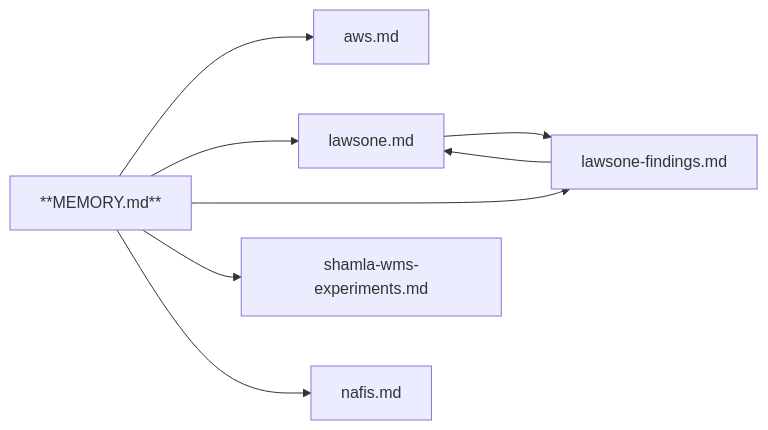
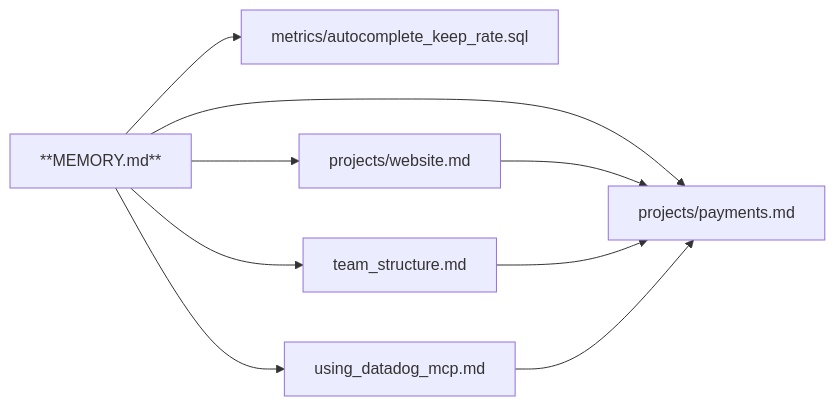
Before and after one commit to Aws8/memory-md: the diagram in README.md, drawn with Mermaid. The commit also changed other lines of this file and 8 other files, not shown here.

Commit message:
scrub private filenames from README; demo on shipped examples/memory-john; update repo URLs to Aws8/memory-md

````diff
--- a/README.md
+++ b/README.md
@@ -60,16 +69,17 @@
 ```mermaid
 graph LR
     MEMORY_md["**MEMORY.md**"]
-    aws_md["aws.md"]
-    lawsone_findings_md["lawsone-findings.md"]
-    lawsone_md["lawsone.md"]
-    nafis_md["nafis.md"]
-    shamla_wms_experiments_md["shamla-wms-experiments.md"]
-    lawsone_findings_md --> lawsone_md
-    lawsone_md --> lawsone_findings_md
-    MEMORY_md --> aws_md
-    MEMORY_md --> lawsone_md
-    MEMORY_md --> lawsone_findings_md
-    MEMORY_md --> shamla_wms_experiments_md
-    MEMORY_md --> nafis_md
+    metrics_autocomplete_keep_rate_sql["metrics/autocomplete_keep_rate.sql"]
+    projects_payments_md["projects/payments.md"]
+    projects_website_md["projects/website.md"]
+    team_structure_md["team_structure.md"]
+    using_datadog_mcp_md["using_datadog_mcp.md"]
+    MEMORY_md --> team_structure_md
+    MEMORY_md --> using_datadog_mcp_md
+    MEMORY_md --> projects_payments_md
+    MEMORY_md --> projects_website_md
+    MEMORY_md --> metrics_autocomplete_keep_rate_sql
+    projects_website_md --> projects_payments_md
+    team_structure_md --> projects_payments_md
+    using_datadog_mcp_md --> projects_payments_md
 ```
````
